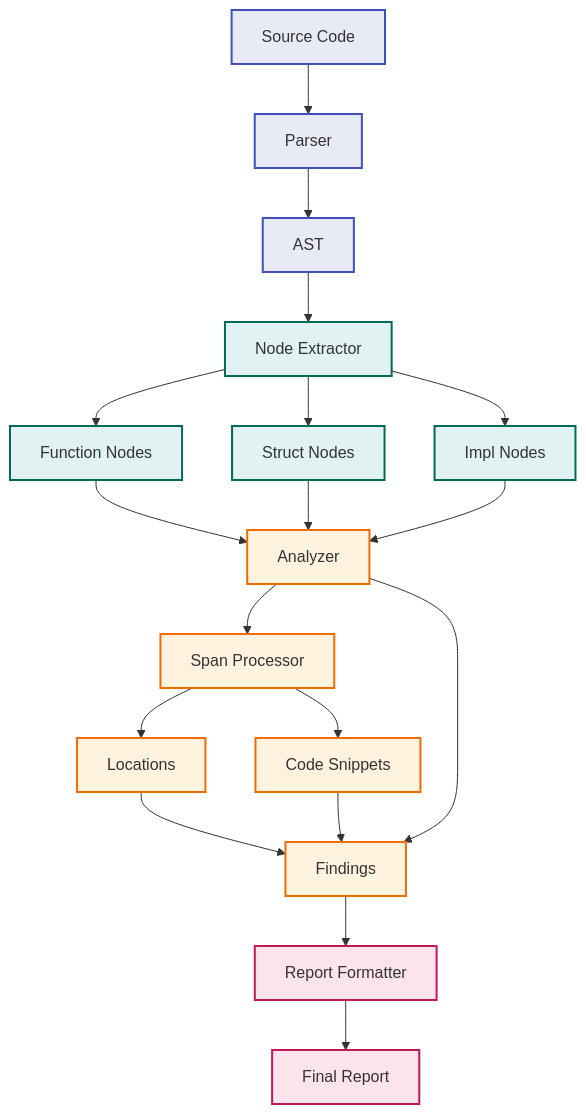
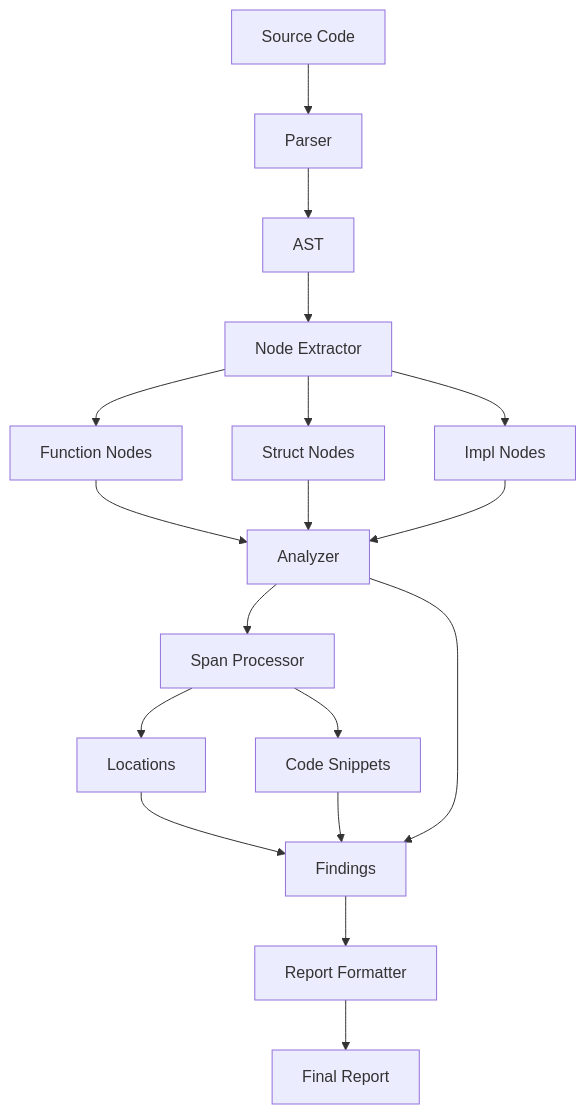
One commit to Naro-chain/Solana_Static_Analyzer changed the fifth of 6 diagrams in ARCHITECTURE.md. Above: the diagram before and after it, drawn with Mermaid. The commit also changed other lines of this file, not shown here.

Commit message:
docs: modify architecture documentation

````diff
--- a/ARCHITECTURE.md
+++ b/ARCHITECTURE.md
@@ -189,42 +152,31 @@
 ```mermaid
 flowchart TD
     %% Input Processing
     SOURCE[Source Code] --> PARSER[Parser]
     PARSER --> AST[AST]
     
     %% Node Extraction
     AST --> EXTRACTOR[Node Extractor]
     EXTRACTOR --> FUNCTIONS[Function Nodes]
     EXTRACTOR --> STRUCTS[Struct Nodes]
     EXTRACTOR --> IMPLS[Impl Nodes]
     
     %% Analysis
     FUNCTIONS --> ANALYZER[Analyzer]
     STRUCTS --> ANALYZER
     IMPLS --> ANALYZER
     
     %% Span Processing
     ANALYZER --> SPAN_PROC[Span Processor]
     SPAN_PROC --> LOCATIONS[Locations]
     SPAN_PROC --> SNIPPETS[Code Snippets]
     
     %% Finding Generation
     LOCATIONS --> FINDINGS[Findings]
     SNIPPETS --> FINDINGS
     ANALYZER --> FINDINGS
     
     %% Output
     FINDINGS --> FORMATTER[Report Formatter]
     FORMATTER --> REPORT[Final Report]
-    
-    %% Styling
-    classDef input fill:#e8eaf6,stroke:#3f51b5,stroke-width:2px
-    classDef process fill:#e0f2f1,stroke:#00695c,stroke-width:2px
-    classDef analysis fill:#fff3e0,stroke:#ef6c00,stroke-width:2px
-    classDef output fill:#fce4ec,stroke:#c2185b,stroke-width:2px
-    
-    class SOURCE,PARSER,AST input
-    class EXTRACTOR,FUNCTIONS,STRUCTS,IMPLS process
-    class ANALYZER,SPAN_PROC,LOCATIONS,SNIPPETS,FINDINGS analysis
-    class FORMATTER,REPORT output
 ```
````
